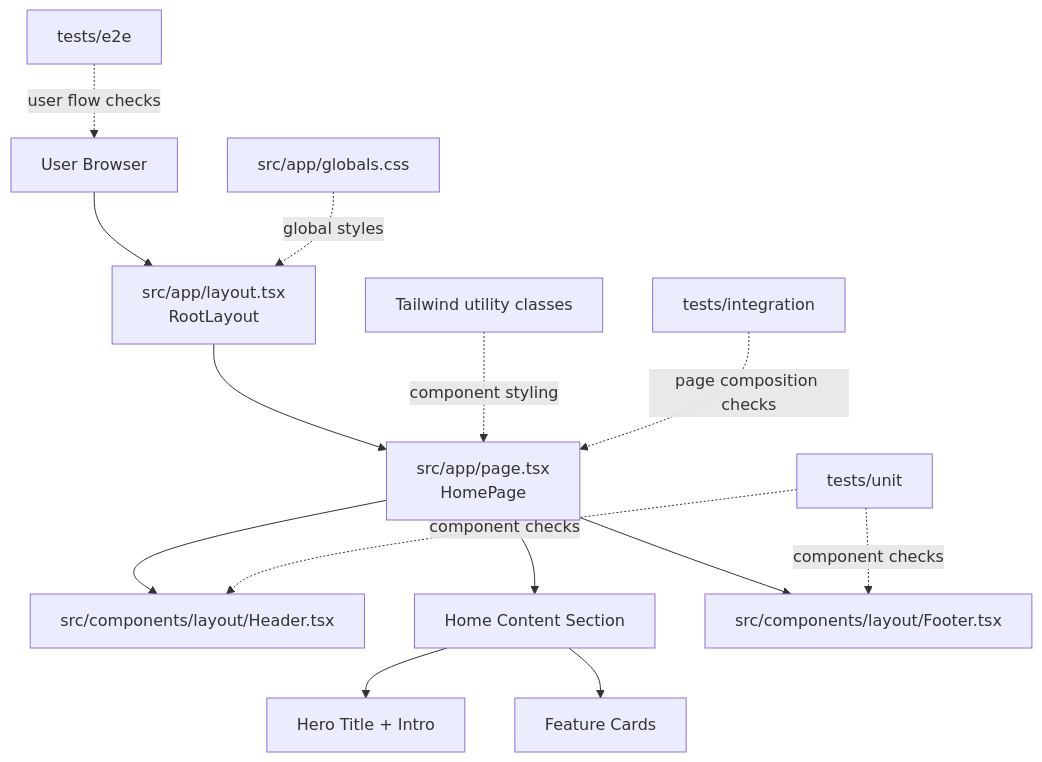
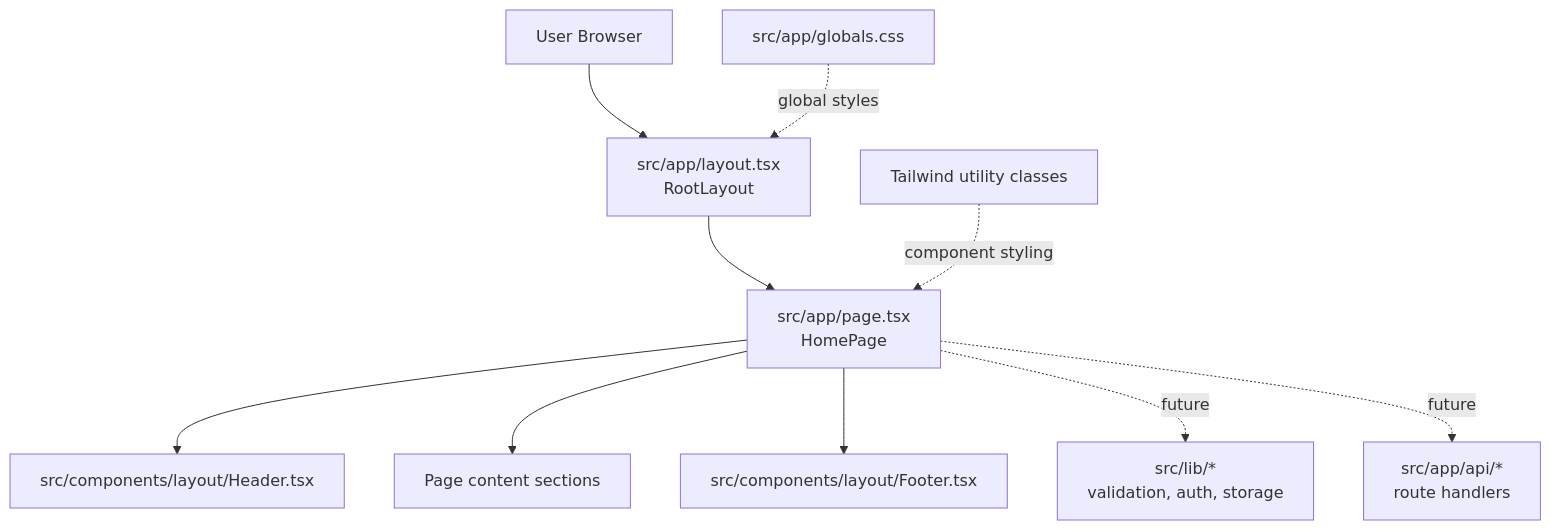
The first of 3 diagrams in docs/architecture.md (hajareshyam/nextjs-agentic-starter), drawn with Mermaid before and after one commit. The commit also changed other lines of this file and 9 other files, not shown here.

````diff
--- a/docs/architecture.md
+++ b/docs/architecture.md
@@ -7,20 +25,15 @@
 ```mermaid
 flowchart TD
-    A[User Browser] --> B[src/app/layout.tsx<br/>RootLayout]
-    B --> C[src/app/page.tsx<br/>HomePage]
+    Browser[User Browser] --> Layout[src/app/layout.tsx<br/>RootLayout]
+    Layout --> Page[src/app/page.tsx<br/>HomePage]
 
-    C --> D[src/components/layout/Header.tsx]
-    C --> E[Home Content Section]
-    C --> F[src/components/layout/Footer.tsx]
+    Page --> Header[src/components/layout/Header.tsx]
+    Page --> Content[Page content sections]
+    Page --> Footer[src/components/layout/Footer.tsx]
 
-    E --> E1[Hero Title + Intro]
-    E --> E2[Feature Cards]
+    Page -.future.-> Lib[src/lib/*<br/>validation, auth, storage]
+    Page -.future.-> API[src/app/api/*<br/>route handlers]
 
-    G[src/app/globals.css] -.global styles.-> B
-    H[Tailwind utility classes] -.component styling.-> C
-
-    I[tests/unit] -.component checks.-> D
-    I -.component checks.-> F
-    J[tests/integration] -.page composition checks.-> C
-    K[tests/e2e] -.user flow checks.-> A
+    Globals[src/app/globals.css] -.global styles.-> Layout
+    Tailwind[Tailwind utility classes] -.component styling.-> Page
 ```
````
